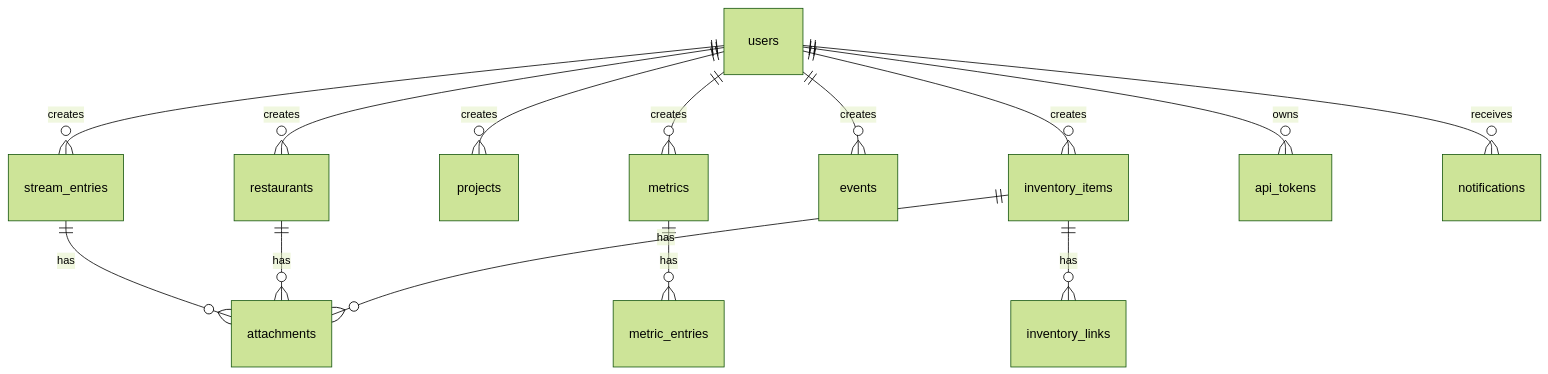
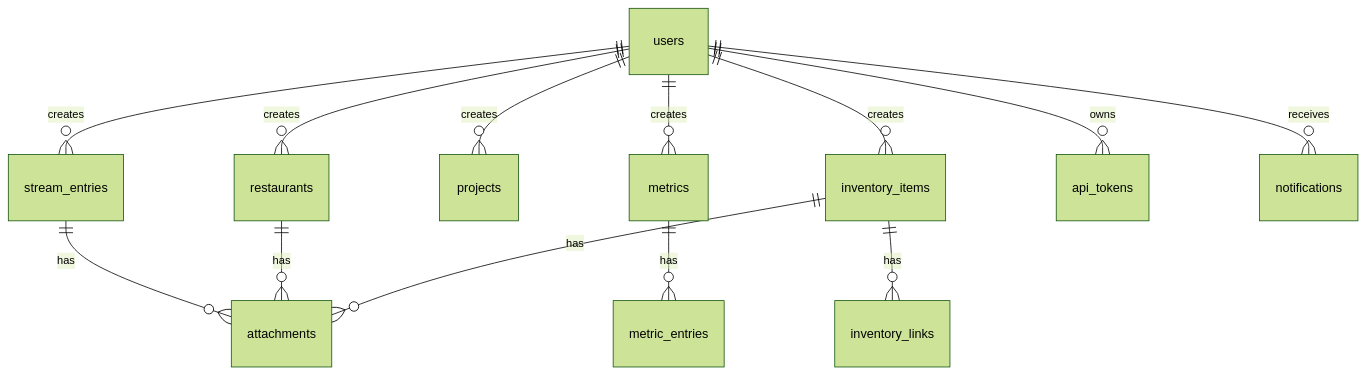
One commit to csubj/hearth changed the fourth of 5 diagrams in docs/architecture/index.md. Above: the diagram before and after it, drawn with Mermaid (forest theme). The commit also changed other lines of this file and 49 other files, not shown here.

````diff
--- a/docs/architecture/index.md
+++ b/docs/architecture/index.md
@@ -98,16 +98,15 @@
 ```mermaid
 erDiagram
   users ||--o{ stream_entries : creates
   users ||--o{ restaurants : creates
   users ||--o{ projects : creates
   users ||--o{ metrics : creates
-  users ||--o{ events : creates
   users ||--o{ inventory_items : creates
   users ||--o{ api_tokens : owns
   users ||--o{ notifications : receives
   metrics ||--o{ metric_entries : has
   inventory_items ||--o{ inventory_links : has
   stream_entries ||--o{ attachments : has
   restaurants ||--o{ attachments : has
   inventory_items ||--o{ attachments : has
 ```
````
